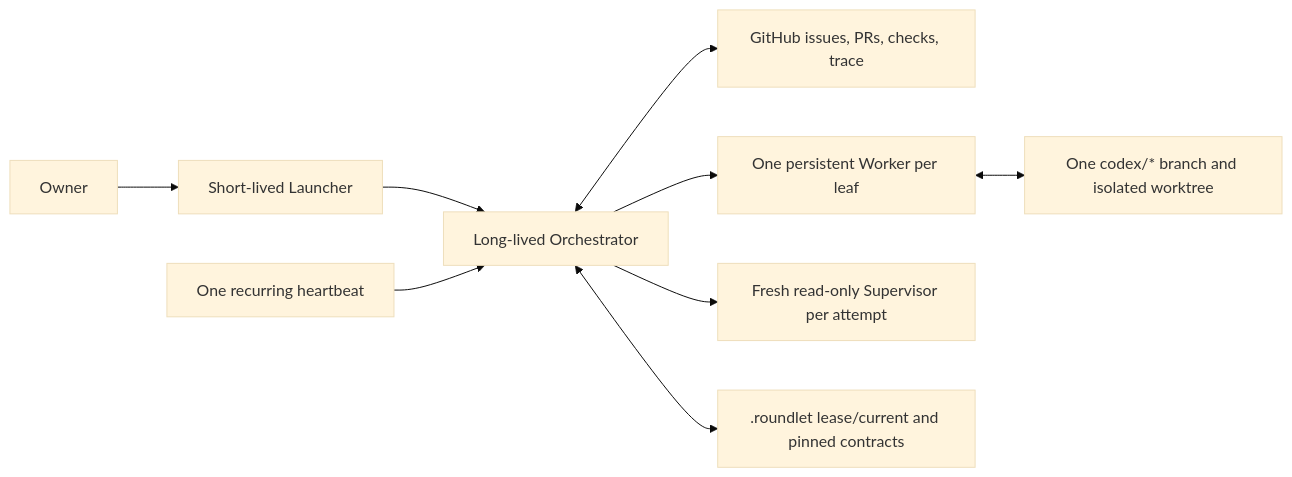
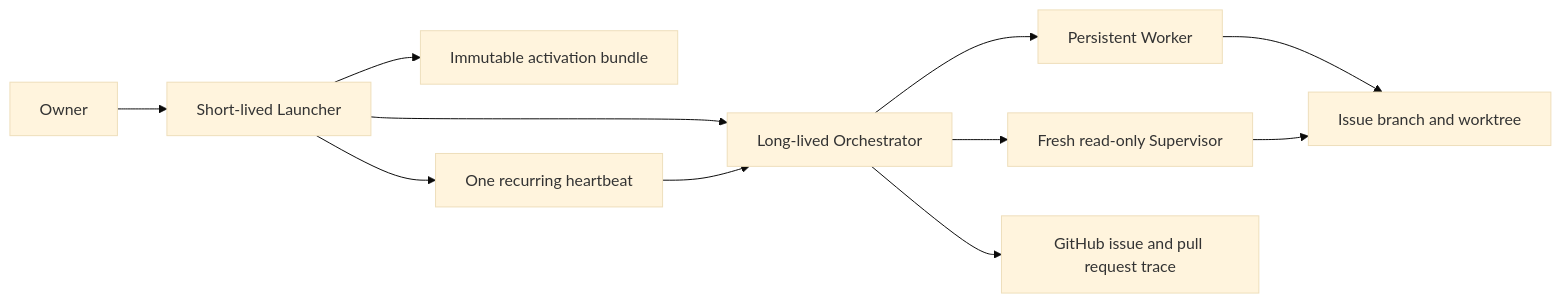
One commit to ythdelmar68/roundlet changed the first of 2 diagrams in README.md. Above: the diagram before and after it, drawn with Mermaid (base theme). The commit also changed other lines of this file and 5 other files, not shown here.

First line of the commit message:
refactor(roundlet): restore lightweight activation path

````diff
--- a/README.md
+++ b/README.md
@@ -23,11 +19,13 @@
 ```mermaid
 flowchart LR
-    Owner["Owner"] --> Launcher["Short-lived Launcher"]
-    Launcher --> Orchestrator["Long-lived Orchestrator"]
-    Heartbeat["One recurring heartbeat"] --> Orchestrator
-    Orchestrator <--> GitHub["GitHub issues, PRs, checks, trace"]
-    Orchestrator --> Worker["One persistent Worker per leaf"]
-    Orchestrator --> Supervisor["Fresh read-only Supervisor per attempt"]
-    Worker <--> Worktree["One codex/* branch and isolated worktree"]
-    Orchestrator <--> Advisory[".roundlet lease/current and pinned contracts"]
+    O["Owner"] --> L["Short-lived Launcher"]
+    L --> C["Immutable activation bundle"]
+    L --> R["Long-lived Orchestrator"]
+    L --> H["One recurring heartbeat"]
+    H --> R
+    R --> W["Persistent Worker"]
+    R --> S["Fresh read-only Supervisor"]
+    W --> G["Issue branch and worktree"]
+    S --> G
+    R --> GH["GitHub issue and pull request trace"]
 ```
````
